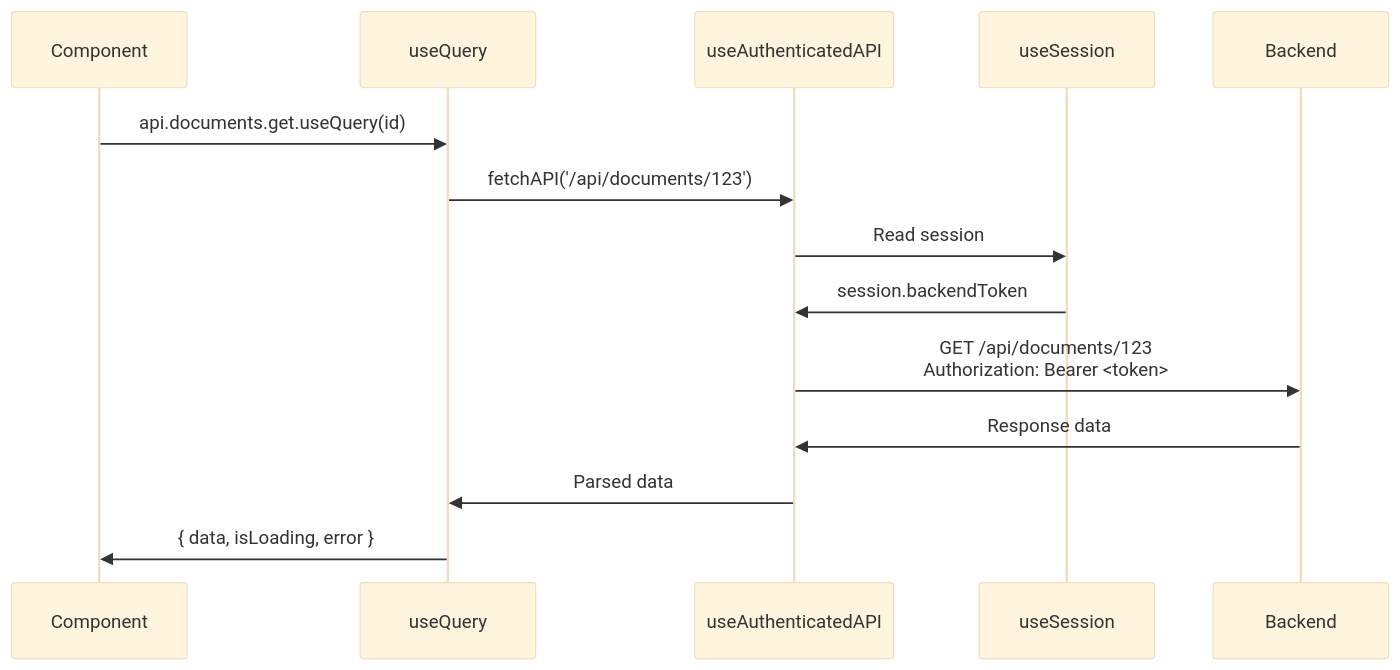
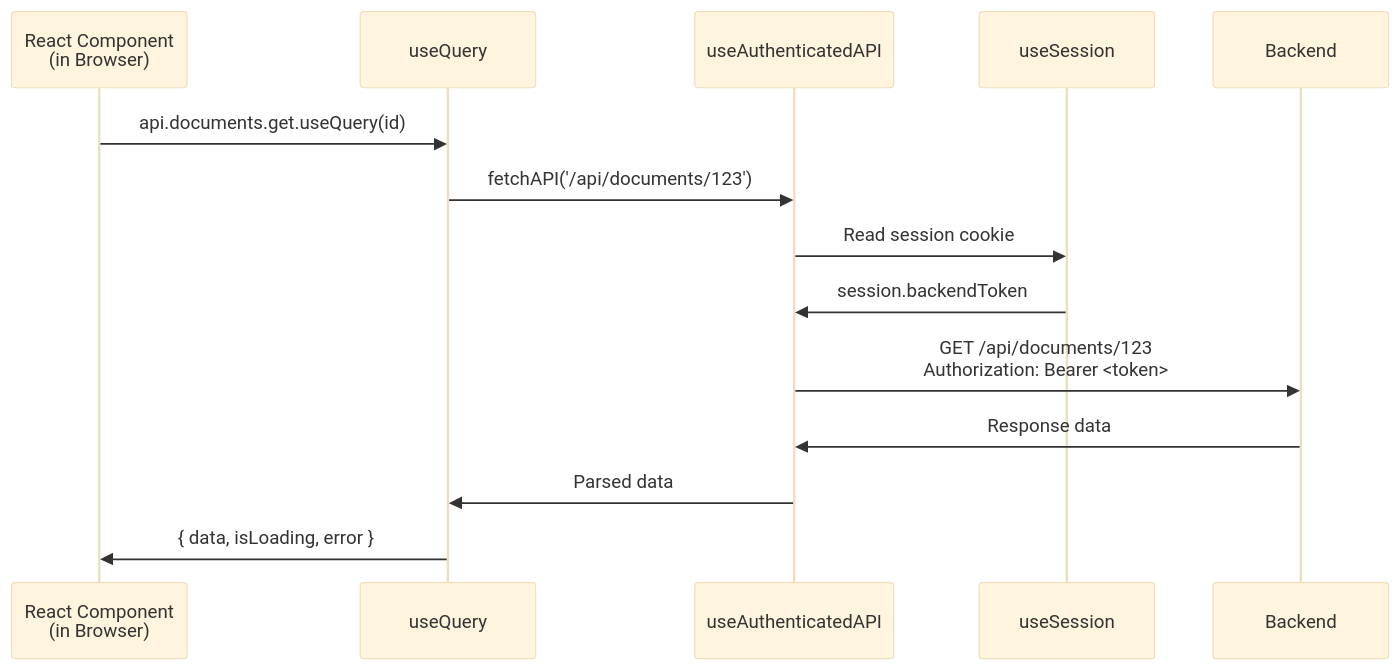
The second of 2 diagrams in apps/frontend/docs/AUTHENTICATION.md (The-AI-Alliance/semiont), drawn with Mermaid (base theme) before and after one commit. The commit also changed other lines of this file and 7 other files, not shown here.

````diff
--- a/apps/frontend/docs/AUTHENTICATION.md
+++ b/apps/frontend/docs/AUTHENTICATION.md
@@ -178,17 +178,17 @@
 ```mermaid
 sequenceDiagram
-    participant Component
+    participant Component as React Component<br/>(in Browser)
     participant useQuery
     participant useAuthenticatedAPI
     participant useSession
     participant Backend
 
     Component->>useQuery: api.documents.get.useQuery(id)
     useQuery->>useAuthenticatedAPI: fetchAPI('/api/documents/123')
-    useAuthenticatedAPI->>useSession: Read session
+    useAuthenticatedAPI->>useSession: Read session cookie
     useSession->>useAuthenticatedAPI: session.backendToken
     useAuthenticatedAPI->>Backend: GET /api/documents/123<br/>Authorization: Bearer <token>
     Backend->>useAuthenticatedAPI: Response data
     useAuthenticatedAPI->>useQuery: Parsed data
     useQuery->>Component: { data, isLoading, error }
 ```
````
